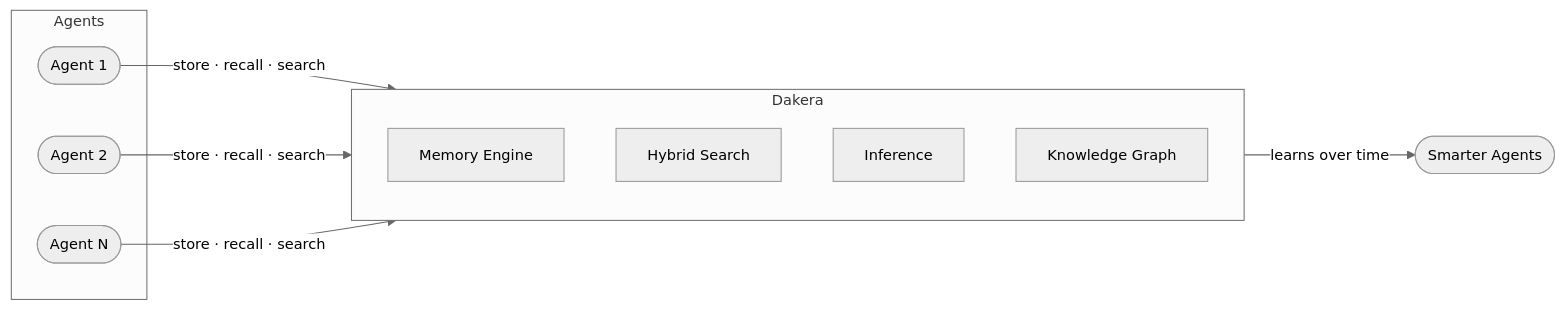
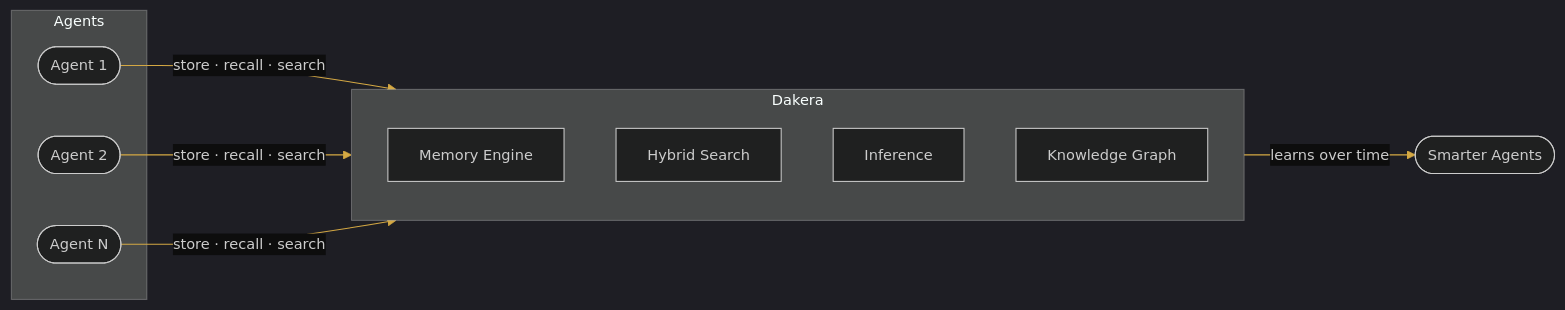
Before and after one commit to Dakera-AI/.github: the first of 5 diagrams in profile/README.md, drawn with Mermaid. The commit also changed other lines of this file and 2 other files, not shown here.

First line of the commit message:
refactor: add brand logo, apply dark/gold theme, remove premature details

````diff
--- a/profile/README.md
+++ b/profile/README.md
@@ -30,21 +27,21 @@
 ```mermaid
-%%{init: {'theme': 'neutral', 'themeVariables': { 'fontSize': '14px' }}}%%
+%%{init: {'theme': 'dark', 'themeVariables': { 'fontSize': '14px', 'primaryColor': '#1a1a2e', 'primaryTextColor': '#f0cc70', 'primaryBorderColor': '#D4A843', 'lineColor': '#D4A843', 'secondaryColor': '#161616', 'tertiaryColor': '#0d0d0d', 'edgeLabelBackground': '#0d0d0d' }}}%%
 flowchart LR
     subgraph Agents
         A1(["Agent 1"])
         A2(["Agent 2"])
         A3(["Agent N"])
     end
 
     subgraph Dakera
         direction TB
         MEM["Memory Engine"]
         SEARCH["Hybrid Search"]
         INF["Inference"]
         KG["Knowledge Graph"]
     end
 
     A1 & A2 & A3 -- "store · recall · search" --> Dakera
 
     Dakera -- "learns over time" --> OUT(["Smarter Agents"])
 ```
````
